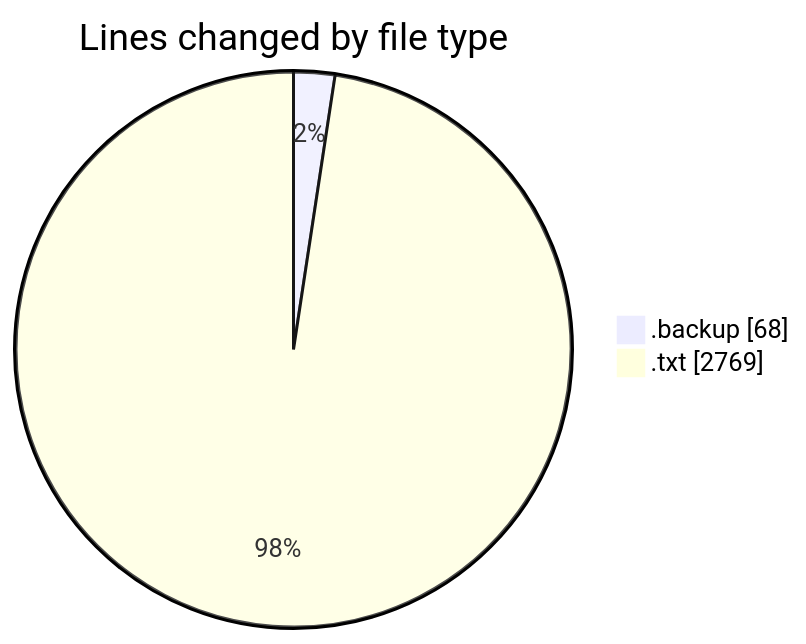
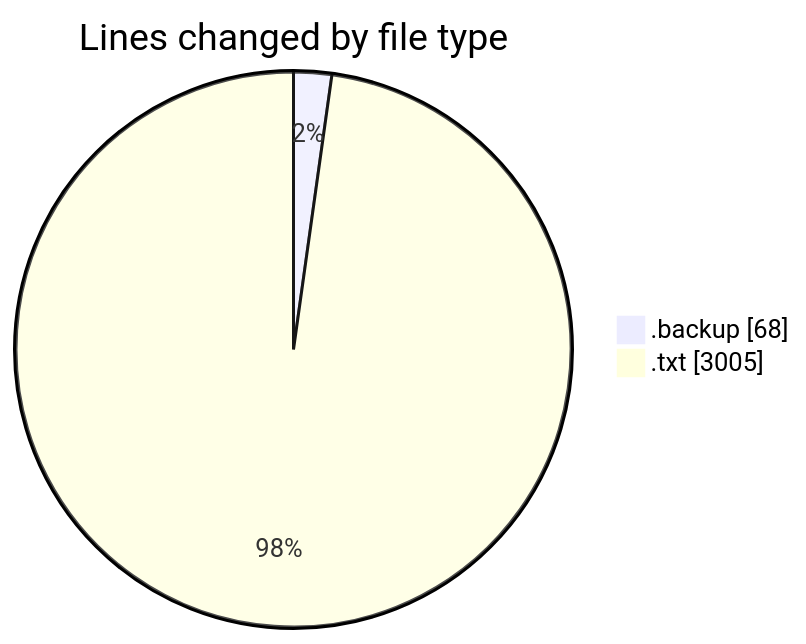
Before and after one commit to ricardozamudiocil/code-tracking: the first of 2 diagrams in 2026-11-25/informesdocpath/README.md, drawn with Mermaid. The commit also changed other lines of this file and 1 other file, not shown here.

````diff
--- a/2026-11-25/informesdocpath/README.md
+++ b/2026-11-25/informesdocpath/README.md
@@ -21,6 +21,6 @@
 ```mermaid
 pie showData
 title Lines changed by file type
 ".backup" : 68
-".txt" : 2769
+".txt" : 3005
 ```
````
